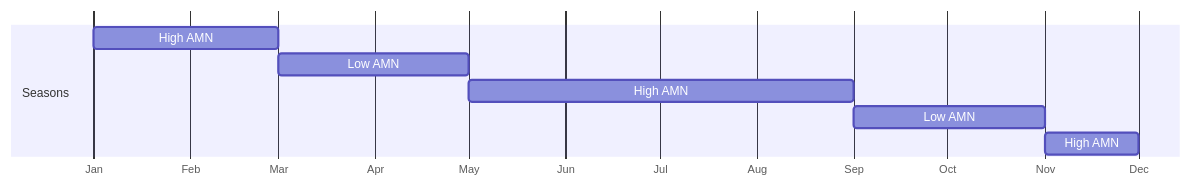
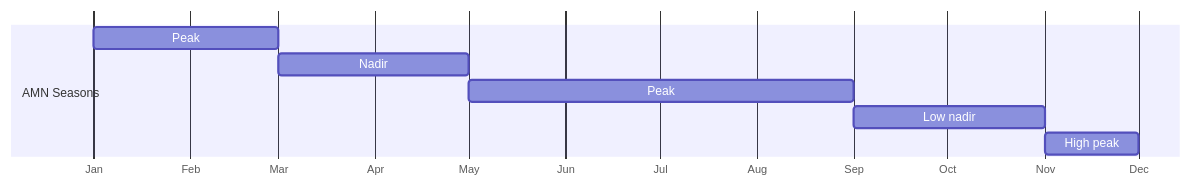
One commit to nutimes/som-sam-admit changed the fifth of 10 diagrams in report.qmd. Above: the diagram before and after it, drawn with Mermaid. The commit also changed other lines of this file, not shown here.

````diff
--- a/report.qmd
+++ b/report.qmd
@@ -637,14 +637,14 @@
 ```{mermaid}
 %%| label: fig-amn-seasonal-calendar-riverine
 %%| fig-cap: AMN seasonal calendar for riverine livelihood systems
 gantt
     dateFormat M
     axisFormat %b
     todayMarker off
-    section Seasons
-    High AMN :1, 3
-    Low AMN :3, 5
-    High AMN :5, 9
-    Low AMN :9, 11
-    High AMN :11, 12
+    section AMN Seasons
+    Peak :1, 3
+    Nadir :3, 5
+    Peak :5, 9
+    Low nadir :9, 11
+    High peak :11, 12
 ```
````
